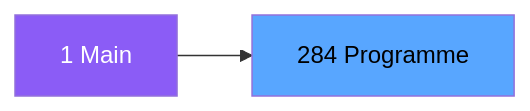
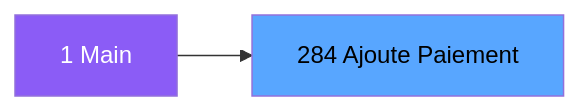
The second of 3 diagrams in .openspec/specs/ADH-IDE-284.md (thonyAGP/magic-migration), drawn with Mermaid before and after one commit. The commit also changed other lines of this file and 323 other files, not shown here.

````diff
--- a/.openspec/specs/ADH-IDE-284.md
+++ b/.openspec/specs/ADH-IDE-284.md
@@ -98,8 +115,8 @@
 ```mermaid
 graph LR
     M[1 Main]
-    T[284 Programme]
+    T[284 Ajoute Paiement]
     M --> T
     style M fill:#8b5cf6,color:#fff
     style T fill:#58a6ff,color:#000
 ```
````
